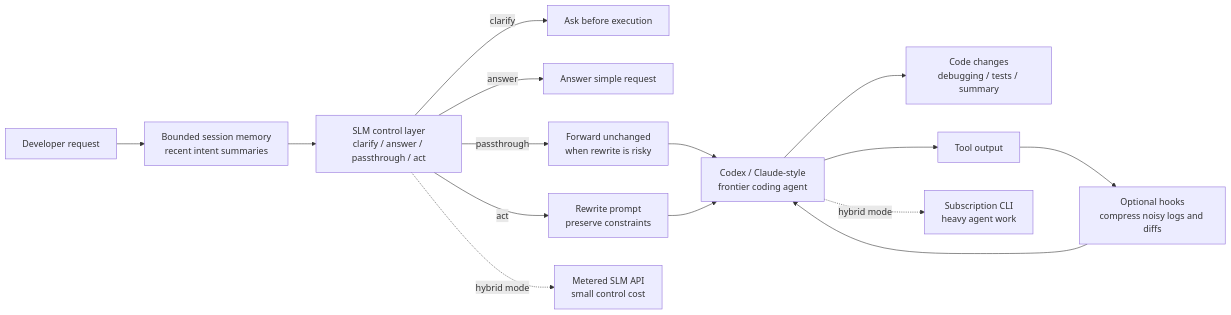
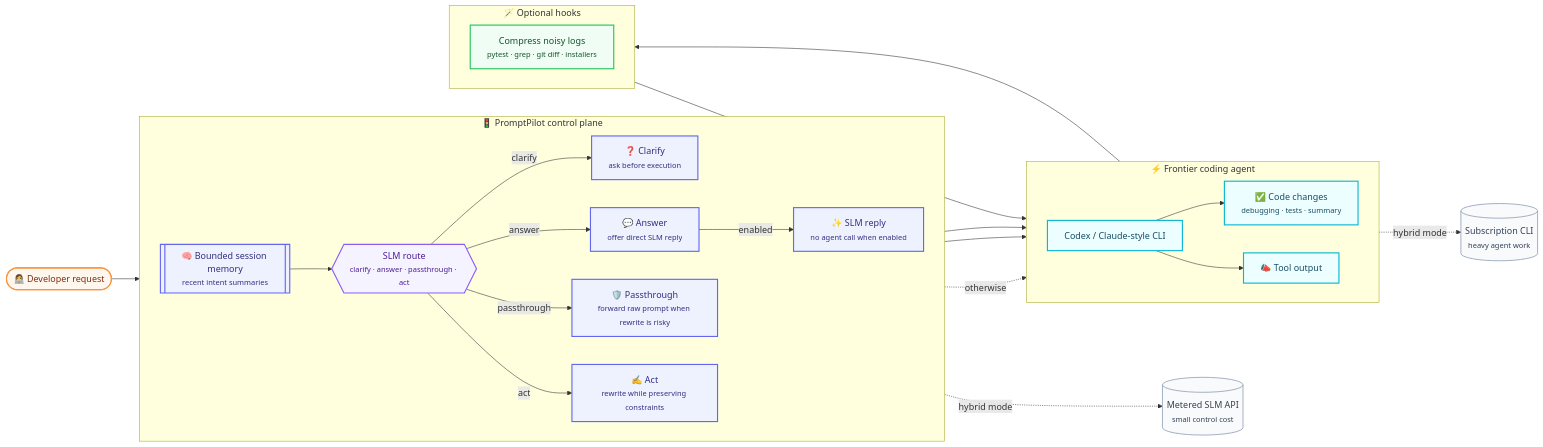
Before and after one commit to steyangdot/PromptPilot: the diagram in README.md, drawn with Mermaid. The commit also changed other lines of this file, not shown here.

Commit message:
docs: polish README workflow diagram (#20)

````diff
--- a/README.md
+++ b/README.md
@@ -17,21 +17,55 @@
 ```mermaid
 flowchart LR
-  U["Developer request"] --> M["Bounded session memory<br/>recent intent summaries"]
-  M --> C["SLM control layer<br/>clarify / answer / passthrough / act"]
+  U(["👩‍💻 Developer request"])
 
-  C -->|clarify| Q["Ask before execution"]
-  C -->|answer| A["Answer simple request"]
-  C -->|passthrough| P["Forward unchanged<br/>when rewrite is risky"]
-  C -->|act| R["Rewrite prompt<br/>preserve constraints"]
+  subgraph PP["🚦 PromptPilot control plane"]
+    direction LR
+    M[["🧠 Bounded session memory<br/><small>recent intent summaries</small>"]]
+    C{{"SLM route<br/><small>clarify · answer · passthrough · act</small>"}}
+    Q["❓ Clarify<br/><small>ask before execution</small>"]
+    A["💬 Answer<br/><small>offer direct SLM reply</small>"]
+    S["✨ SLM reply<br/><small>no agent call when enabled</small>"]
+    P["🛡️ Passthrough<br/><small>forward raw prompt when rewrite is risky</small>"]
+    R["✍️ Act<br/><small>rewrite while preserving constraints</small>"]
+  end
 
-  P --> F["Codex / Claude-style<br/>frontier coding agent"]
-  R --> F
-  F --> O["Code changes<br/>debugging / tests / summary"]
+  subgraph AGENT["⚡ Frontier coding agent"]
+    direction LR
+    F["Codex / Claude-style CLI"]
+    O["✅ Code changes<br/><small>debugging · tests · summary</small>"]
+    T["📣 Tool output"]
+  end
 
-  F --> T["Tool output"]
-  T --> H["Optional hooks<br/>compress noisy logs and diffs"]
-  H --> F
+  subgraph HOOKS["🪄 Optional hooks"]
+    direction LR
+    H["Compress noisy logs<br/><small>pytest · grep · git diff · installers</small>"]
+  end
 
-  C -. "hybrid mode" .-> API["Metered SLM API<br/>small control cost"]
-  F -. "hybrid mode" .-> SUB["Subscription CLI<br/>heavy agent work"]
+  U --> M --> C
+  C -->|clarify| Q
+  C -->|answer| A
+  A -->|enabled| S
+  A -.->|otherwise| F
+  C -->|passthrough| P --> F
+  C -->|act| R --> F
+  F --> O
+  F --> T --> H --> F
+
+  C -. "hybrid mode" .-> API[("Metered SLM API<br/><small>small control cost</small>")]
+  F -. "hybrid mode" .-> SUB[("Subscription CLI<br/><small>heavy agent work</small>")]
+
+  classDef user fill:#fff7ed,stroke:#fb923c,stroke-width:2px,color:#7c2d12;
+  classDef control fill:#eef2ff,stroke:#6366f1,stroke-width:2px,color:#312e81;
+  classDef route fill:#f5f3ff,stroke:#8b5cf6,stroke-width:2px,color:#4c1d95;
+  classDef agent fill:#ecfeff,stroke:#06b6d4,stroke-width:2px,color:#164e63;
+  classDef hook fill:#f0fdf4,stroke:#22c55e,stroke-width:2px,color:#14532d;
+  classDef infra fill:#f8fafc,stroke:#94a3b8,stroke-width:1.5px,color:#334155;
+
+  class U user;
+  class M control;
+  class C route;
+  class Q,A,S,P,R control;
+  class F,O,T agent;
+  class H hook;
+  class API,SUB infra;
 ```
````
